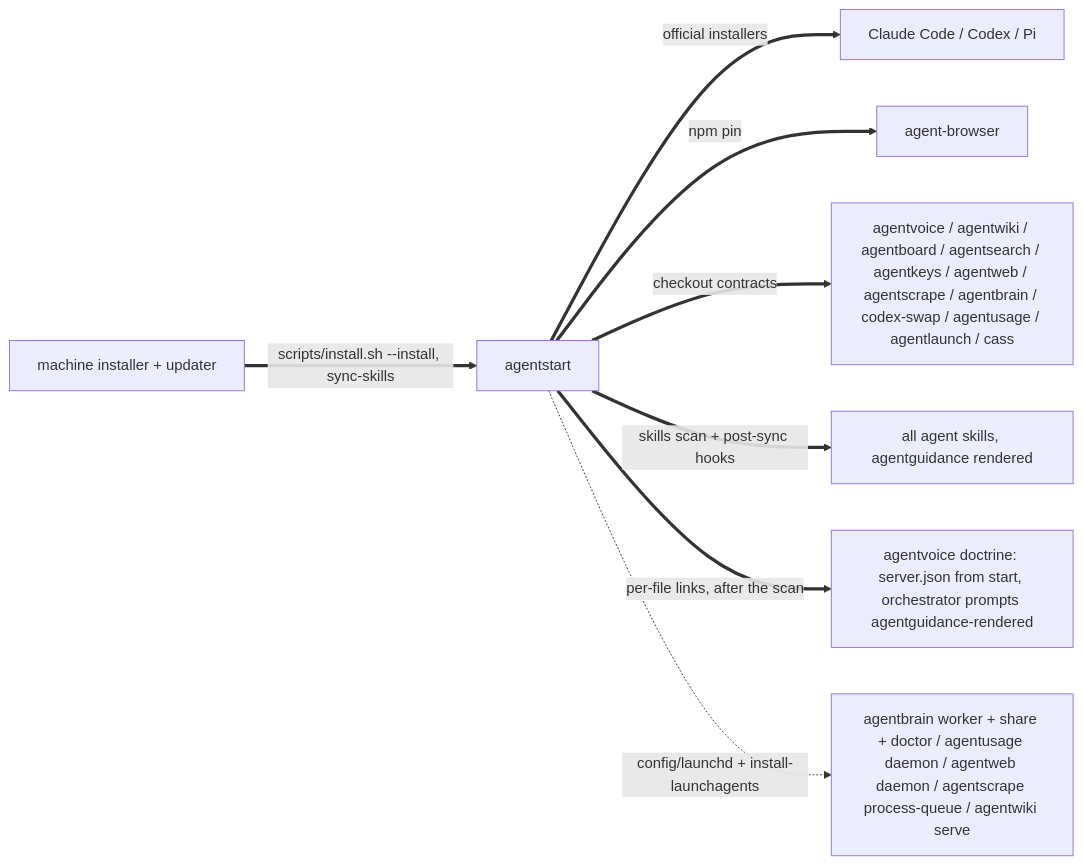
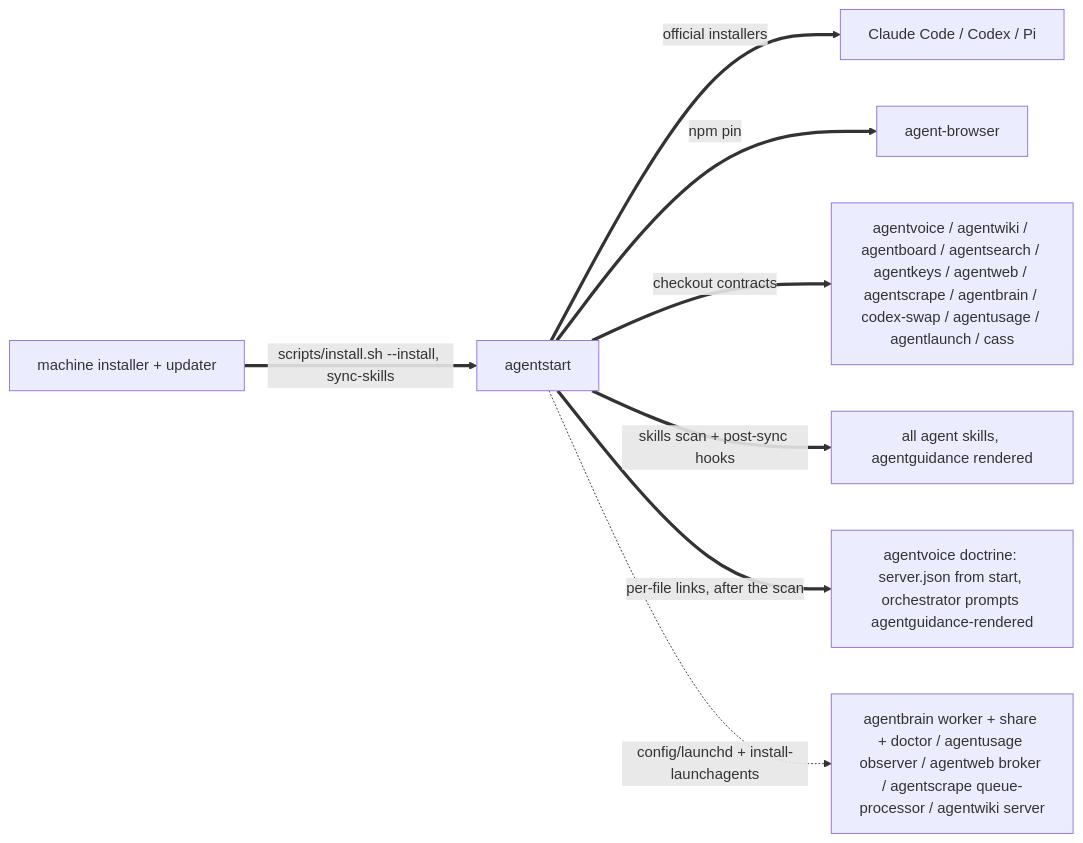
The second of 3 diagrams in skills/fleet/MAP.md (possibilities/agentdots), drawn with Mermaid before and after one commit. The commit also changed other lines of this file and 8 other files, not shown here.

````diff
--- a/skills/fleet/MAP.md
+++ b/skills/fleet/MAP.md
@@ -68,13 +68,13 @@
 ```mermaid
 flowchart LR
     machine[machine installer + updater]
     start[agentstart]
 
     machine ==>|scripts/install.sh --install, sync-skills| start
     start ==>|official installers| harnesses[Claude Code / Codex / Pi]
     start ==>|npm pin| browser[agent-browser]
     start ==>|checkout contracts| fleet[agentvoice / agentwiki / agentboard / agentsearch / agentkeys / agentweb / agentscrape / agentbrain / codex-swap / agentusage / agentlaunch / cass]
     start ==>|skills scan + post-sync hooks| skills[all agent skills, agentguidance rendered]
     start ==>|per-file links, after the scan| voiceDoctrine[agentvoice doctrine: server.json from start, orchestrator prompts agentguidance-rendered]
-    start -.->|config/launchd + install-launchagents| services[agentbrain worker + share + doctor / agentusage daemon / agentweb daemon / agentscrape process-queue / agentwiki serve]
+    start -.->|config/launchd + install-launchagents| services[agentbrain worker + share + doctor / agentusage observer / agentweb broker / agentscrape queue-processor / agentwiki server]
 ```
````
